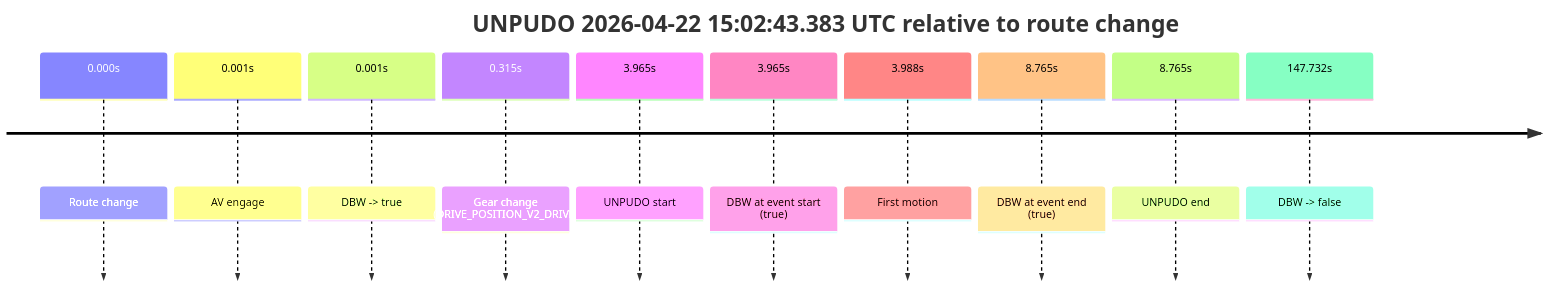
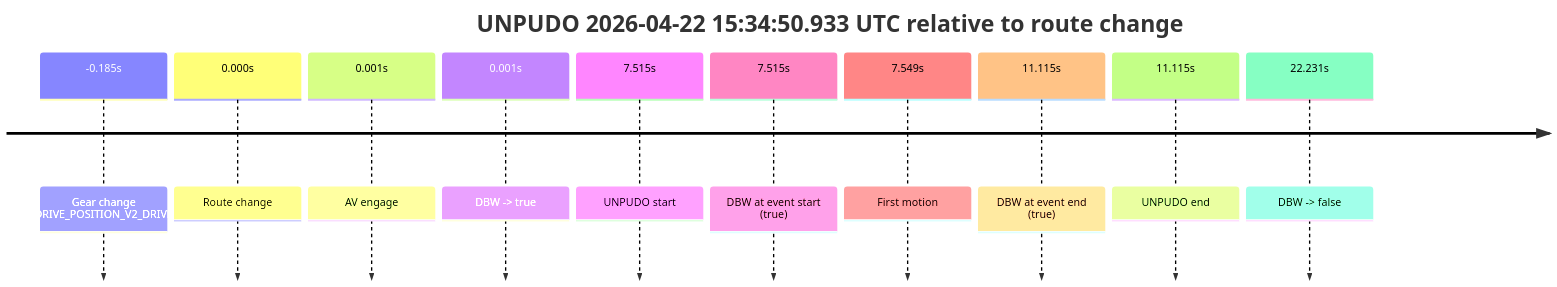
The fifth of 9 diagrams in model_analysis/report_cards/2026/04/Week-4/fme10010--2026-04-22--13-54-22--gen2-av-776e6413-6cfd-4985-8a89-a423678c808d.md (yoelshapiro/vault), drawn with Mermaid before and after one commit. The commit also changed other lines of this file and 2 other files, not shown here.

````diff
--- a/model_analysis/report_cards/2026/04/Week-4/fme10010--2026-04-22--13-54-22--gen2-av-776e6413-6cfd-4985-8a89-a423678c808d.md
+++ b/model_analysis/report_cards/2026/04/Week-4/fme10010--2026-04-22--13-54-22--gen2-av-776e6413-6cfd-4985-8a89-a423678c808d.md
@@ -144,14 +419,14 @@
 ```mermaid
 timeline
-    title UNPUDO 2026-04-22 15:02:43.383 UTC relative to route change
+    title UNPUDO 2026-04-22 15:34:50.933 UTC relative to route change
+    -0.185s : Gear change (DRIVE_POSITION_V2_DRIVE)
     0.000s : Route change
     0.001s : AV engage
     0.001s : DBW -> true
-    0.315s : Gear change (DRIVE_POSITION_V2_DRIVE)
-    3.965s : UNPUDO start
-    3.965s : DBW at event start (true)
-    3.988s : First motion
-    8.765s : DBW at event end (true)
-    8.765s : UNPUDO end
-    147.732s : DBW -> false
+    7.515s : UNPUDO start
+    7.515s : DBW at event start (true)
+    7.549s : First motion
+    11.115s : DBW at event end (true)
+    11.115s : UNPUDO end
+    22.231s : DBW -> false
 ```
````
